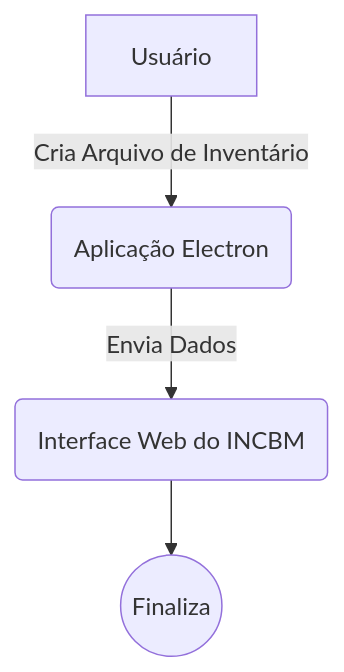
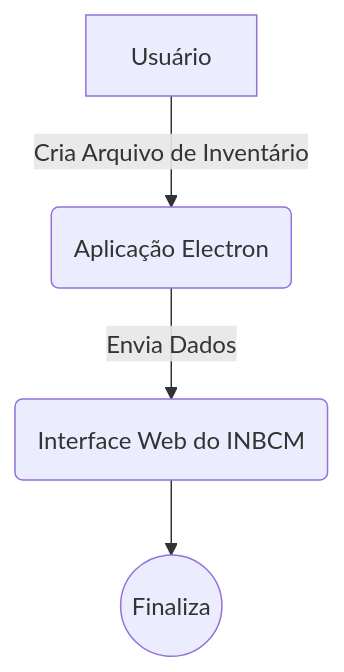
The diagram in docs/arquitetura/requisitos/cliente-offline.md (Everbero/docs-inbcm), drawn with Mermaid before and after one commit. The commit also changed other lines of this file and 21 other files, not shown here.

````diff
--- a/docs/arquitetura/requisitos/cliente-offline.md
+++ b/docs/arquitetura/requisitos/cliente-offline.md
@@ -7,6 +7,6 @@
 ```mermaid
 graph TD
     A[Usuário] -->|Cria Arquivo de Inventário| B(Aplicação Electron)
-    B -->|Envia Dados| C(Interface Web do INCBM)
+    B -->|Envia Dados| C(Interface Web do INBCM)
     C --> D((Finaliza))
 ```
````
